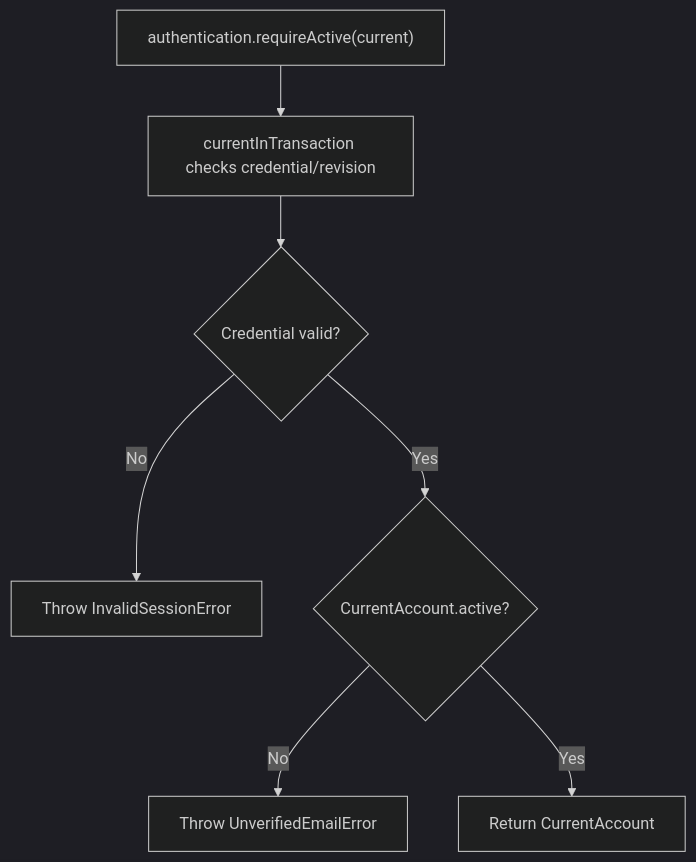
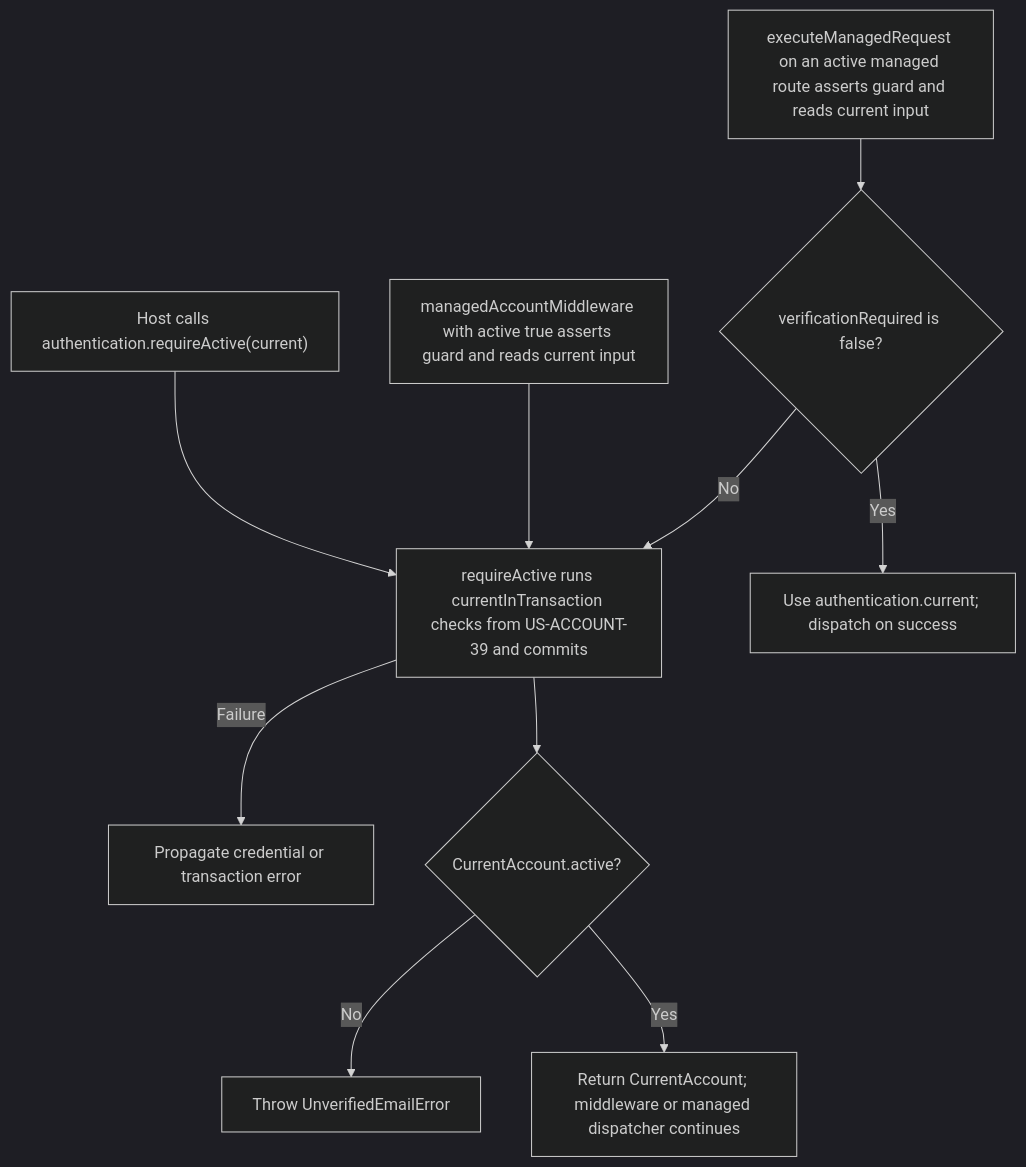
Before and after one commit to Kevinjohn/oss-adonisjs-account-kit: the second of 2 diagrams in user-stories/US-ACCOUNT-40-require-active-account.md, drawn with Mermaid (dark theme). The commit also changed other lines of this file and 70 other files, not shown here.

````diff
--- a/user-stories/US-ACCOUNT-40-require-active-account.md
+++ b/user-stories/US-ACCOUNT-40-require-active-account.md
@@ -32,9 +32,12 @@
 ```mermaid
 flowchart TD
- A["authentication.requireActive(current)"] --> B["currentInTransaction checks credential/revision"]
- B --> C{"Credential valid?"}
- C -->|No| D["Throw InvalidSessionError"]
- C -->|Yes| E{"CurrentAccount.active?"}
+ H["Host calls authentication.requireActive(current)"] --> A
+ M["managedAccountMiddleware with active true asserts guard and reads current input"] --> A
+ N["executeManagedRequest on an active managed route asserts guard and reads current input"] --> O{"verificationRequired is false?"}
+ O -->|Yes| P["Use authentication.current; dispatch on success"]
+ O -->|No| A["requireActive runs currentInTransaction checks from US-ACCOUNT-39 and commits"]
+ A -->|Failure| D["Propagate credential or transaction error"]
+ A --> E{"CurrentAccount.active?"}
  E -->|No| F["Throw UnverifiedEmailError"]
- E -->|Yes| G["Return CurrentAccount"]
+ E -->|Yes| G["Return CurrentAccount; middleware or managed dispatcher continues"]
 ```
````
